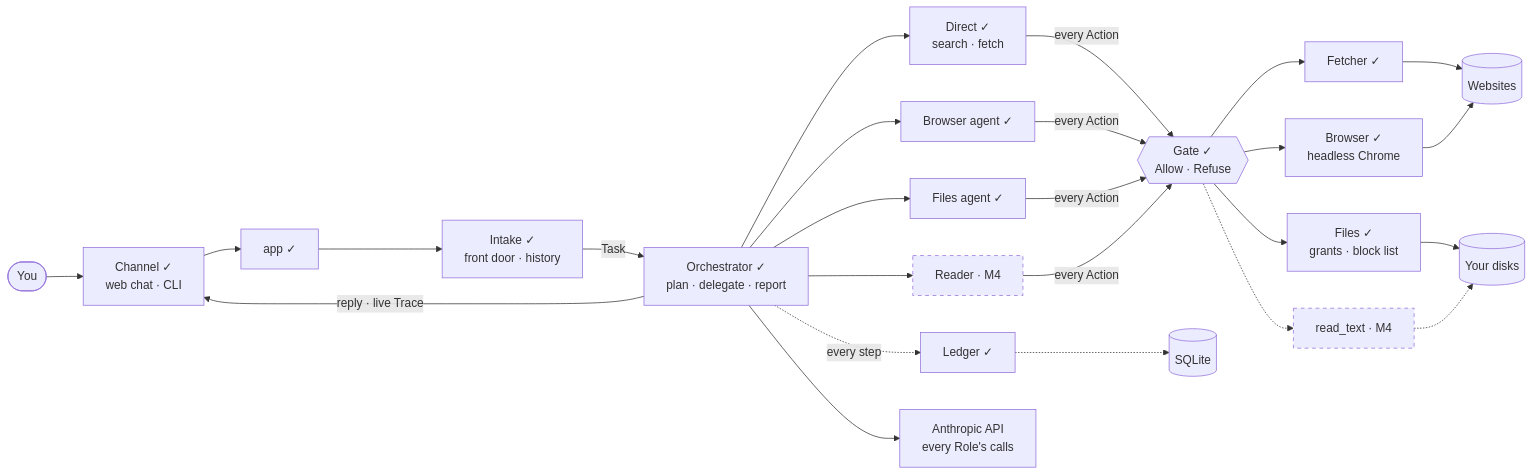
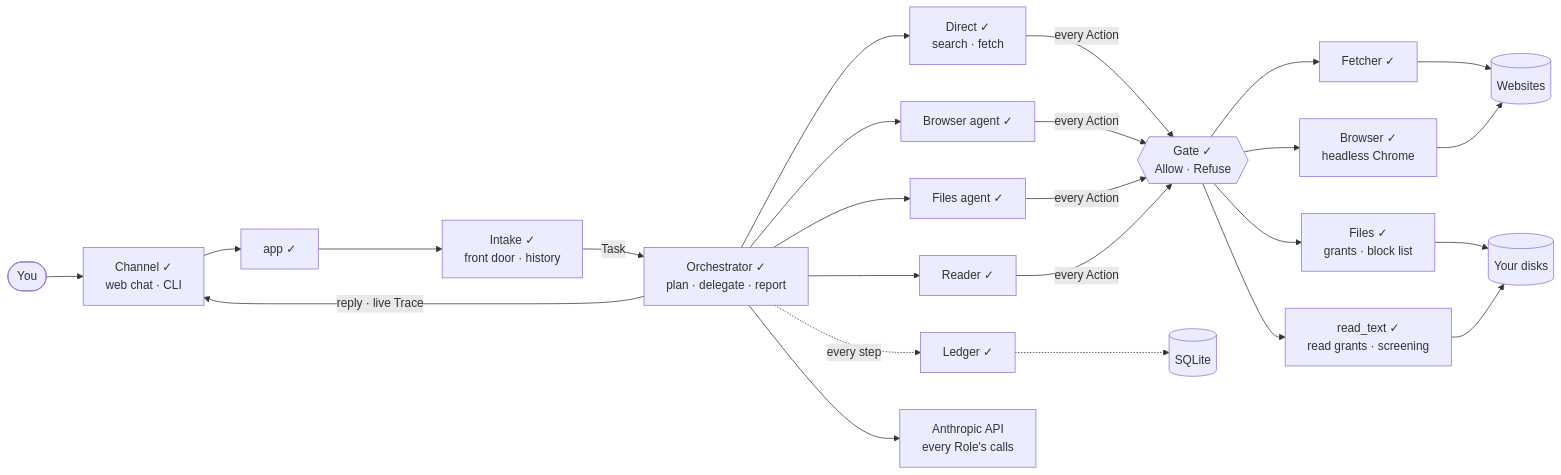
One commit to orijeet100/Stepout-AI changed the diagram in docs/STATUS.md. Above: the diagram before and after it, drawn with Mermaid. The commit also changed other lines of this file and 11 other files, not shown here.

First line of the commit message:
feat(reader): strict taint - the web closes for a Run once a file's text has been read (C2 slice 4)

````diff
--- a/docs/STATUS.md
+++ b/docs/STATUS.md
@@ -29,16 +29,14 @@
 ```mermaid
 flowchart LR
     You(["You"]) --> Channel["Channel ✓<br/>web chat · CLI"] --> App["app ✓"] --> Intake["Intake ✓<br/>front door · history"]
     Intake -->|Task| Orch["Orchestrator ✓<br/>plan · delegate · report"]
     Orch -->|reply · live Trace| Channel
-    Orch --> Direct["Direct ✓<br/>search · fetch"] & BrowserA["Browser agent ✓"] & FilesA["Files agent ✓"] & ReaderA["Reader · M4"]
+    Orch --> Direct["Direct ✓<br/>search · fetch"] & BrowserA["Browser agent ✓"] & FilesA["Files agent ✓"] & ReaderA["Reader ✓"]
     Direct & BrowserA & FilesA & ReaderA -->|every Action| Gate{{"Gate ✓<br/>Allow · Refuse"}}
     Gate --> Fetcher["Fetcher ✓"] --> Web[("Websites")]
     Gate --> Chrome["Browser ✓<br/>headless Chrome"] --> Web
     Gate --> FilesM["Files ✓<br/>grants · block list"] --> Disk[("Your disks")]
-    Gate -.-> ReadText["read_text · M4"] -.-> Disk
+    Gate --> ReadText["read_text ✓<br/>read grants · screening"] --> Disk
     Orch -.->|every step| Ledger["Ledger ✓"] -.-> Store[("SQLite")]
     Orch --> API["Anthropic API<br/>every Role's calls"]
-    classDef planned stroke-dasharray: 5 5
-    class ReaderA,ReadText planned
 ```
````
